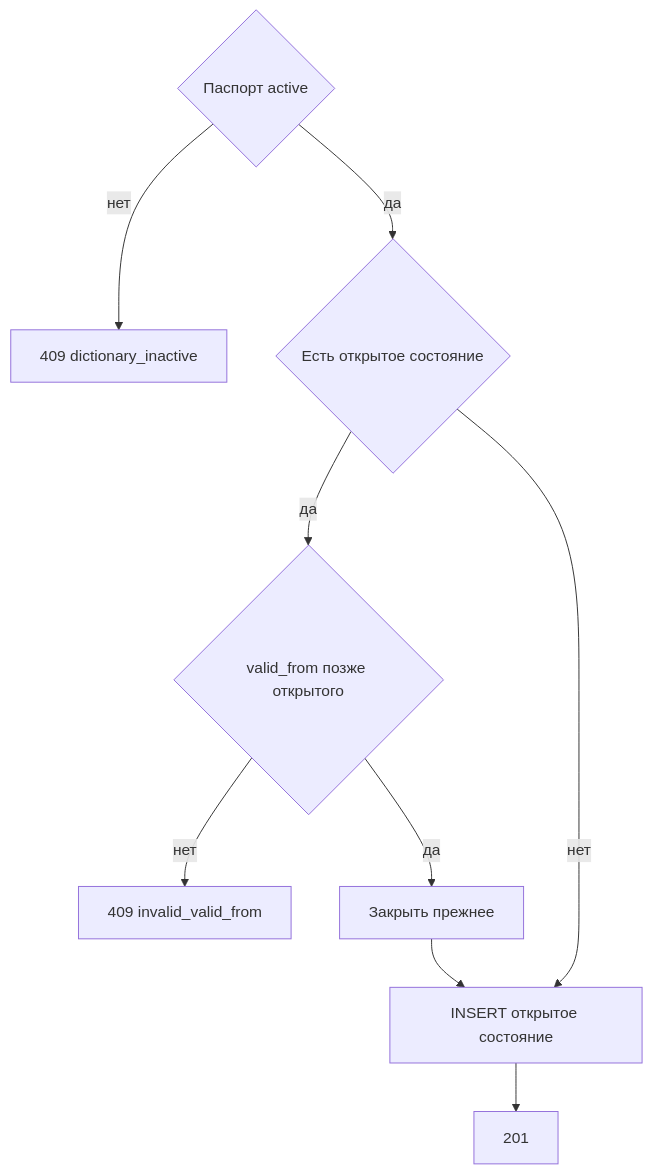
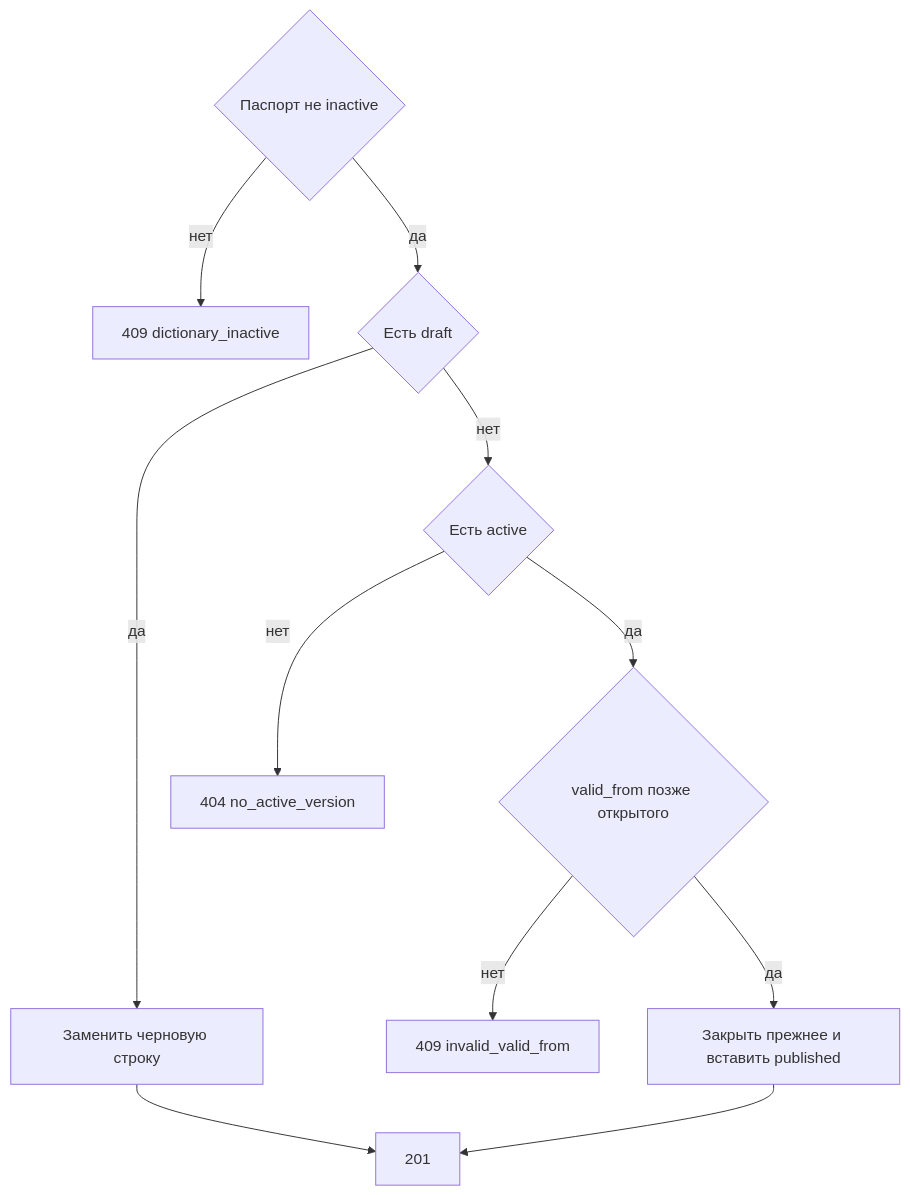
Before and after one commit to StrannikE95/reference_data: the diagram in docs/1. functional/specification/v2 - 1 таблица/api/management.api/DataController/post_row.md, drawn with Mermaid. The commit also changed other lines of this file and 14 other files, not shown here.

````diff
--- a/docs/1. functional/specification/v2 - 1 таблица/api/management.api/DataController/post_row.md
+++ b/docs/1. functional/specification/v2 - 1 таблица/api/management.api/DataController/post_row.md
@@ -70,11 +75,13 @@
 ```mermaid
 flowchart TD
-  live{"Паспорт active"} -->|нет| off["409 dictionary_inactive"]
-  live -->|да| open{"Есть открытое состояние"}
-  open -->|да| later{"valid_from позже открытого"}
+  live{"Паспорт не inactive"} -->|нет| off["409 dictionary_inactive"]
+  live -->|да| hasDraft{"Есть draft"}
+  hasDraft -->|да| drow["Заменить черновую строку"]
+  hasDraft -->|нет| hasActive{"Есть active"}
+  hasActive -->|нет| noAct["404 no_active_version"]
+  hasActive -->|да| later{"valid_from позже открытого"}
   later -->|нет| bad["409 invalid_valid_from"]
-  later -->|да| close["Закрыть прежнее"]
-  open -->|нет| ins["INSERT открытое состояние"]
-  close --> ins
-  ins --> ok["201"]
+  later -->|да| close["Закрыть прежнее и вставить published"]
+  drow --> ok["201"]
+  close --> ok
 ```
````
